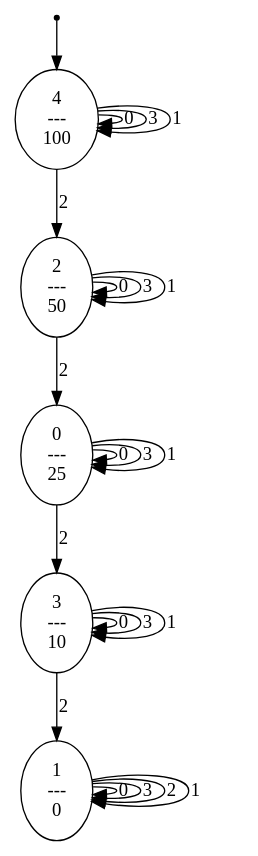
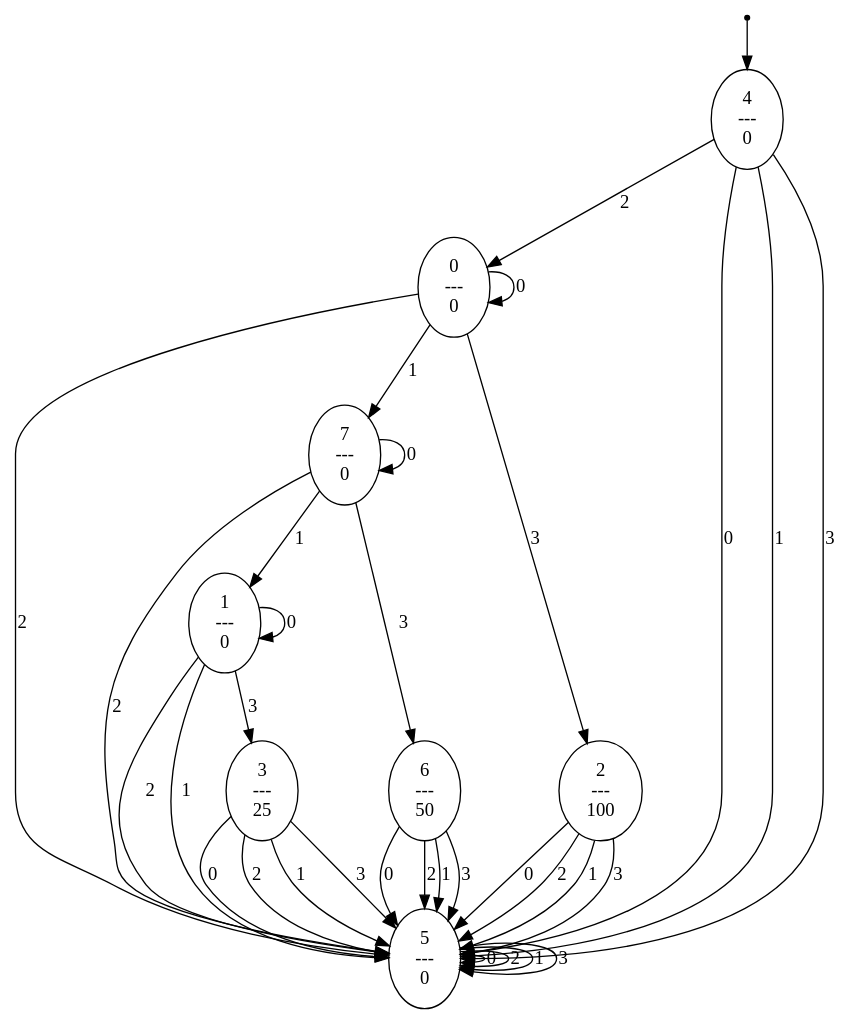
One commit to srnapls/history-rewards-for-pomdps changed the diagram in code/dot/RC2_test.dot. Above: the diagram before and after it, drawn with Graphviz. The commit also changed 35 other files, not shown here.

```diff
--- a/code/dot/RC2_test.dot
+++ b/code/dot/RC2_test.dot
@@ -1,29 +1,44 @@
 digraph G {
 0 [label="", shape=point];
 0 -> 5;
-1 [label="0\n---\n25"];
+1 [label="0\n---\n0"];
 1 -> 1  [label=0];
-1 -> 1  [label=3];
-1 -> 4  [label=2];
-1 -> 1  [label=1];
+1 -> 6  [label=2];
+1 -> 8  [label=1];
+1 -> 3  [label=3];
 2 [label="1\n---\n0"];
 2 -> 2  [label=0];
-2 -> 2  [label=3];
-2 -> 2  [label=2];
-2 -> 2  [label=1];
-3 [label="2\n---\n50"];
-3 -> 3  [label=0];
-3 -> 3  [label=3];
-3 -> 1  [label=2];
-3 -> 3  [label=1];
-4 [label="3\n---\n10"];
-4 -> 4  [label=0];
-4 -> 4  [label=3];
-4 -> 2  [label=2];
-4 -> 4  [label=1];
-5 [label="4\n---\n100"];
-5 -> 5  [label=0];
-5 -> 5  [label=3];
-5 -> 3  [label=2];
-5 -> 5  [label=1];
+2 -> 6  [label=2];
+2 -> 6  [label=1];
+2 -> 4  [label=3];
+3 [label="2\n---\n100"];
+3 -> 6  [label=0];
+3 -> 6  [label=2];
+3 -> 6  [label=1];
+3 -> 6  [label=3];
+4 [label="3\n---\n25"];
+4 -> 6  [label=0];
+4 -> 6  [label=2];
+4 -> 6  [label=1];
+4 -> 6  [label=3];
+5 [label="4\n---\n0"];
+5 -> 6  [label=0];
+5 -> 1  [label=2];
+5 -> 6  [label=1];
+5 -> 6  [label=3];
+6 [label="5\n---\n0"];
+6 -> 6  [label=0];
+6 -> 6  [label=2];
+6 -> 6  [label=1];
+6 -> 6  [label=3];
+7 [label="6\n---\n50"];
+7 -> 6  [label=0];
+7 -> 6  [label=2];
+7 -> 6  [label=1];
+7 -> 6  [label=3];
+8 [label="7\n---\n0"];
+8 -> 8  [label=0];
+8 -> 6  [label=2];
+8 -> 2  [label=1];
+8 -> 7  [label=3];
 }
```
